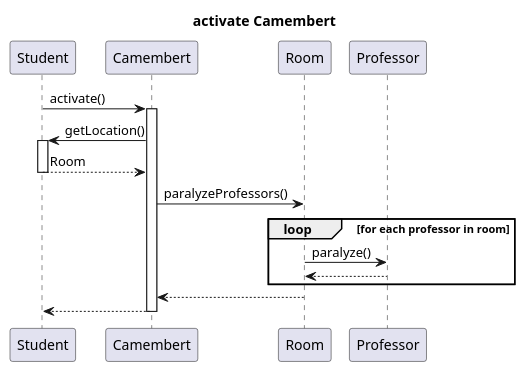
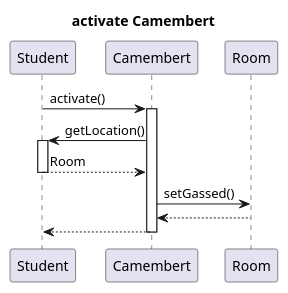
Before and after one commit to kipolaris/skyrimscriptsuttogok: the diagram in diagramms/src/activate_camembert.puml, drawn with PlantUML. The commit also changed 29 other files, not shown here.

Commit message:
fix and continue sequence diagrams

```diff
--- a/diagramms/src/activate_camembert.puml
+++ b/diagramms/src/activate_camembert.puml
@@ -1,26 +1,21 @@
 @startuml camembert
 
 title activate Camembert
 
 participant Student as s
 participant Camembert as c
 participant Room as r
-participant Professor as p
 
 s -> c ++: activate()
 
 c -> s ++: getLocation()
 s--> c --: Room
 
-c->r : paralyzeProfessors()
+c->r : setGassed()
 
-loop for each professor in room
-    r->p : paralyze()
-    p-->r
-end
 r-->c
 
 c-->s --:
 
 
 @enduml
```
